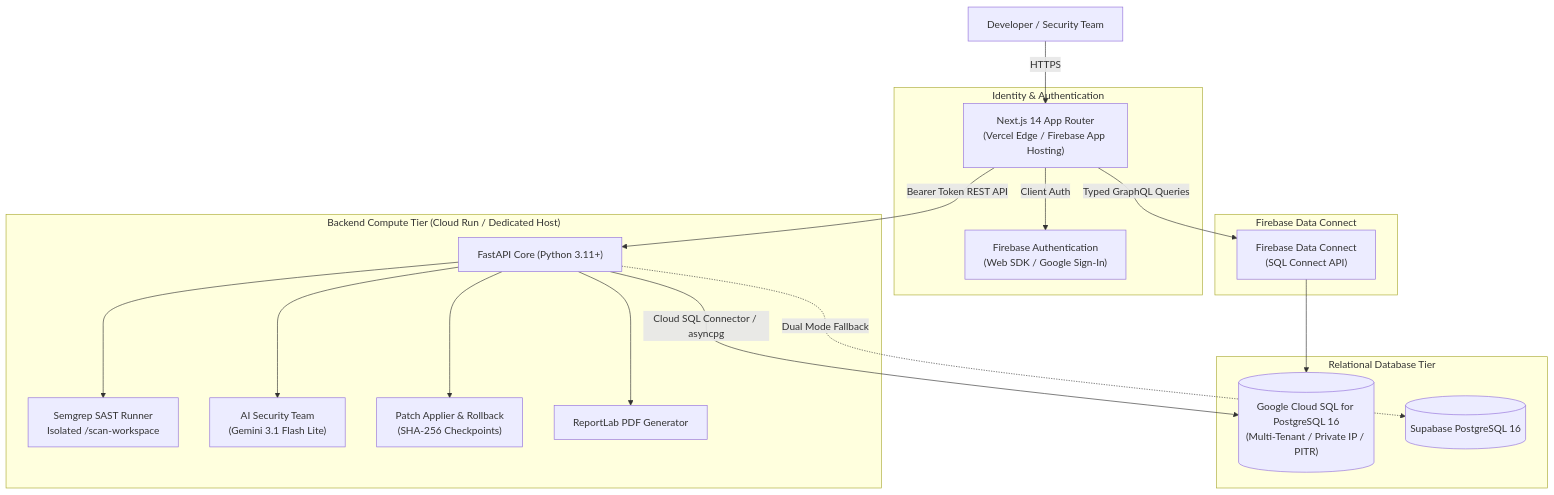
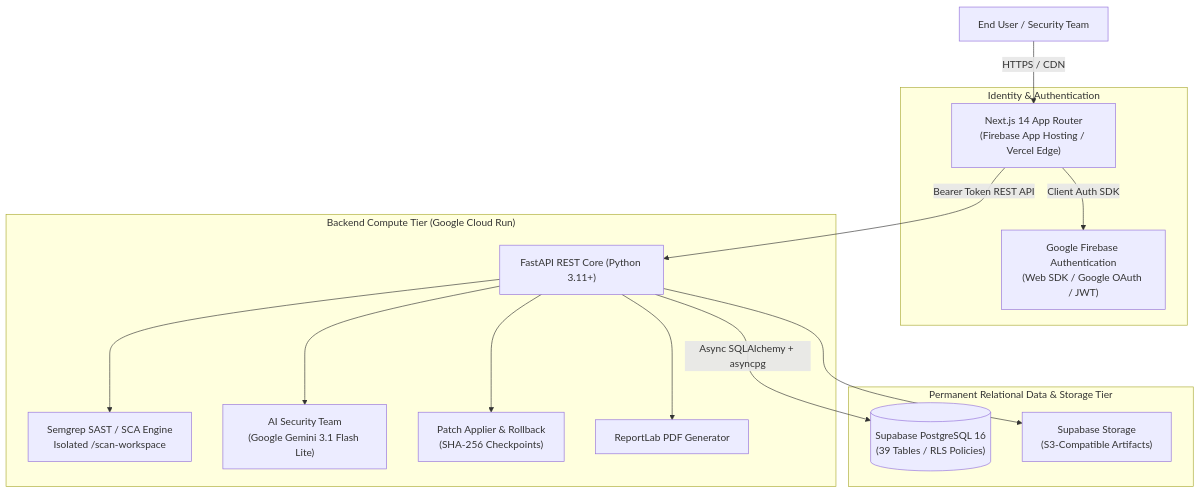
The diagram in README.md (shreyanshcodes-hacker/shadow-ops-v1), drawn with Mermaid before and after one commit. The commit also changed other lines of this file and 102 other files, not shown here.

````diff
--- a/README.md
+++ b/README.md
@@ -77,26 +13,21 @@
 ```mermaid
 flowchart TD
-    User["Developer / Security Team"] -->|HTTPS| Frontend["Next.js 14 App Router\n(Vercel Edge / Firebase App Hosting)"]
+    User["End User / Security Team"] -->|HTTPS / CDN| Frontend["Next.js 14 App Router\n(Firebase App Hosting / Vercel Edge)"]
     
     subgraph IdentityPlane ["Identity & Authentication"]
-        Frontend -->|Client Auth| FirebaseAuth["Firebase Authentication\n(Web SDK / Google Sign-In)"]
+        Frontend -->|Client Auth SDK| FirebaseAuth["Google Firebase Authentication\n(Web SDK / Google OAuth / JWT)"]
     end
 
-    subgraph DirectDataAPI ["Firebase Data Connect"]
-        Frontend -->|Typed GraphQL Queries| DataConnect["Firebase Data Connect\n(SQL Connect API)"]
-    end
-
-    subgraph BackendServices ["Backend Compute Tier (Cloud Run / Dedicated Host)"]
-        Frontend -->|Bearer Token REST API| FastAPI["FastAPI Core (Python 3.11+)"]
-        FastAPI --> Semgrep["Semgrep SAST Runner\nIsolated /scan-workspace"]
-        FastAPI --> AIOrchestrator["AI Security Team\n(Gemini 3.1 Flash Lite)"]
+    subgraph BackendCompute ["Backend Compute Tier (Google Cloud Run)"]
+        Frontend -->|Bearer Token REST API| FastAPI["FastAPI REST Core (Python 3.11+)"]
+        FastAPI --> Semgrep["Semgrep SAST / SCA Engine\nIsolated /scan-workspace"]
+        FastAPI --> AIOrchestrator["AI Security Team\n(Google Gemini 3.1 Flash Lite)"]
         FastAPI --> PatchEngine["Patch Applier & Rollback\n(SHA-256 Checkpoints)"]
         FastAPI --> ReportEngine["ReportLab PDF Generator"]
     end
 
-    subgraph DataPersistence ["Relational Database Tier"]
-        DataConnect --> CloudSQL[("Google Cloud SQL for PostgreSQL 16\n(Multi-Tenant / Private IP / PITR)")]
-        FastAPI -->|Cloud SQL Connector / asyncpg| CloudSQL
-        FastAPI -.->|Dual Mode Fallback| SupabaseDB[("Supabase PostgreSQL 16")]
+    subgraph DataPlane ["Permanent Relational Data & Storage Tier"]
+        FastAPI -->|Async SQLAlchemy + asyncpg| SupabaseDB[("Supabase PostgreSQL 16\n(39 Tables / RLS Policies)")]
+        FastAPI --> SupabaseStorage["Supabase Storage\n(S3-Compatible Artifacts)"]
     end
 ```
````
